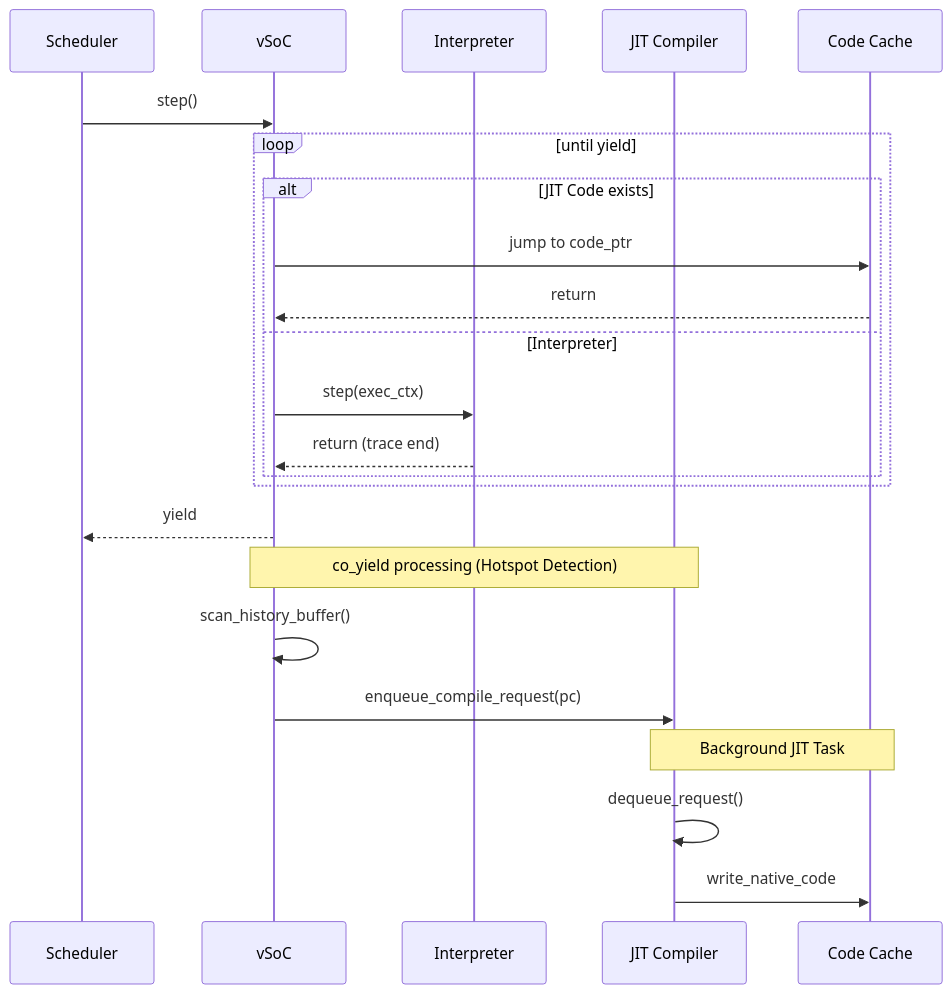
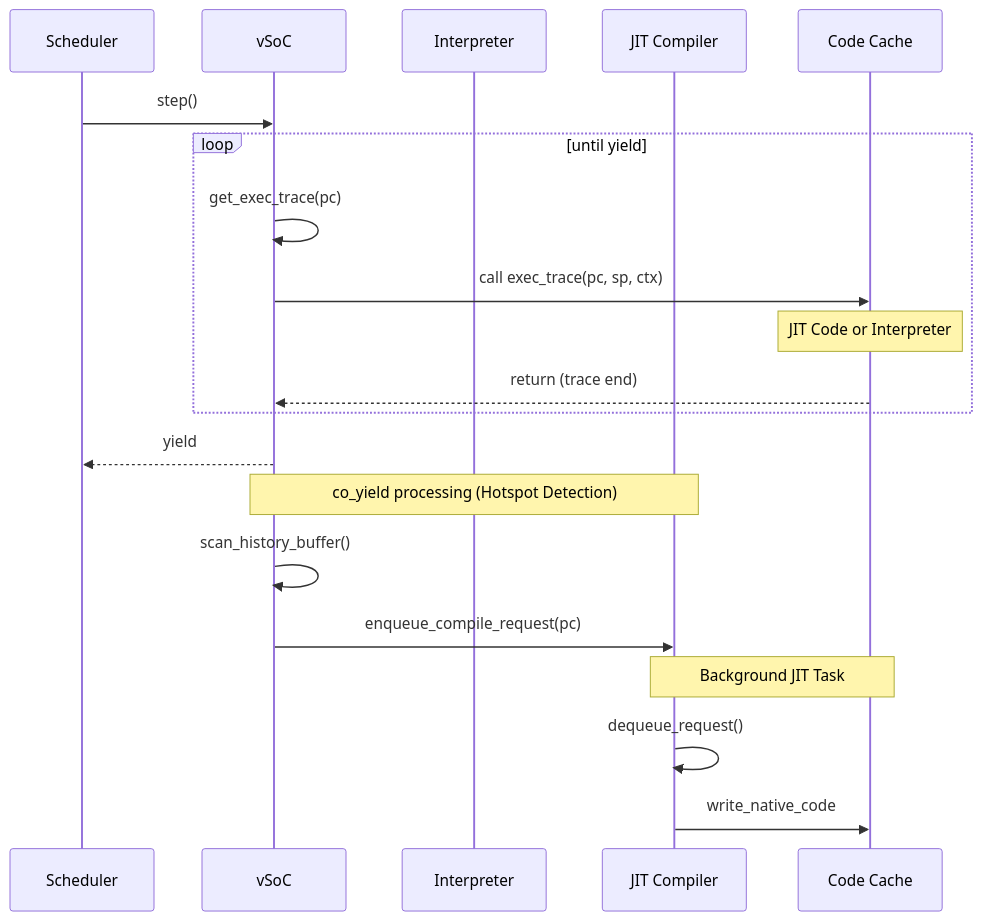
The third of 3 diagrams in docs/orders/components/vsoc.md (kmt-t/fireball), drawn with Mermaid before and after one commit. The commit also changed other lines of this file and 3 other files, not shown here.

````diff
--- a/docs/orders/components/vsoc.md
+++ b/docs/orders/components/vsoc.md
@@ -86,28 +86,25 @@
 ```mermaid
 sequenceDiagram
     participant S as Scheduler
     participant V as vSoC
     participant I as Interpreter
     participant J as JIT Compiler
     participant C as Code Cache
     
     S->>V: step()
     loop until yield
-        alt JIT Code exists
-            V->>C: jump to code_ptr
-            C-->>V: return
-        else Interpreter
-            V->>I: step(exec_ctx)
-            I-->>V: return (trace end)
-        end
+        V->>V: get_exec_trace(pc)
+        V->>C: call exec_trace(pc, sp, ctx)
+        Note over C: JIT Code or Interpreter
+        C-->>V: return (trace end)
     end
     V-->>S: yield
     
     Note over V,J: co_yield processing (Hotspot Detection)
     V->>V: scan_history_buffer()
     V->>J: enqueue_compile_request(pc)
     
     Note over J,C: Background JIT Task
     J->>J: dequeue_request()
     J->>C: write_native_code
 ```
````
